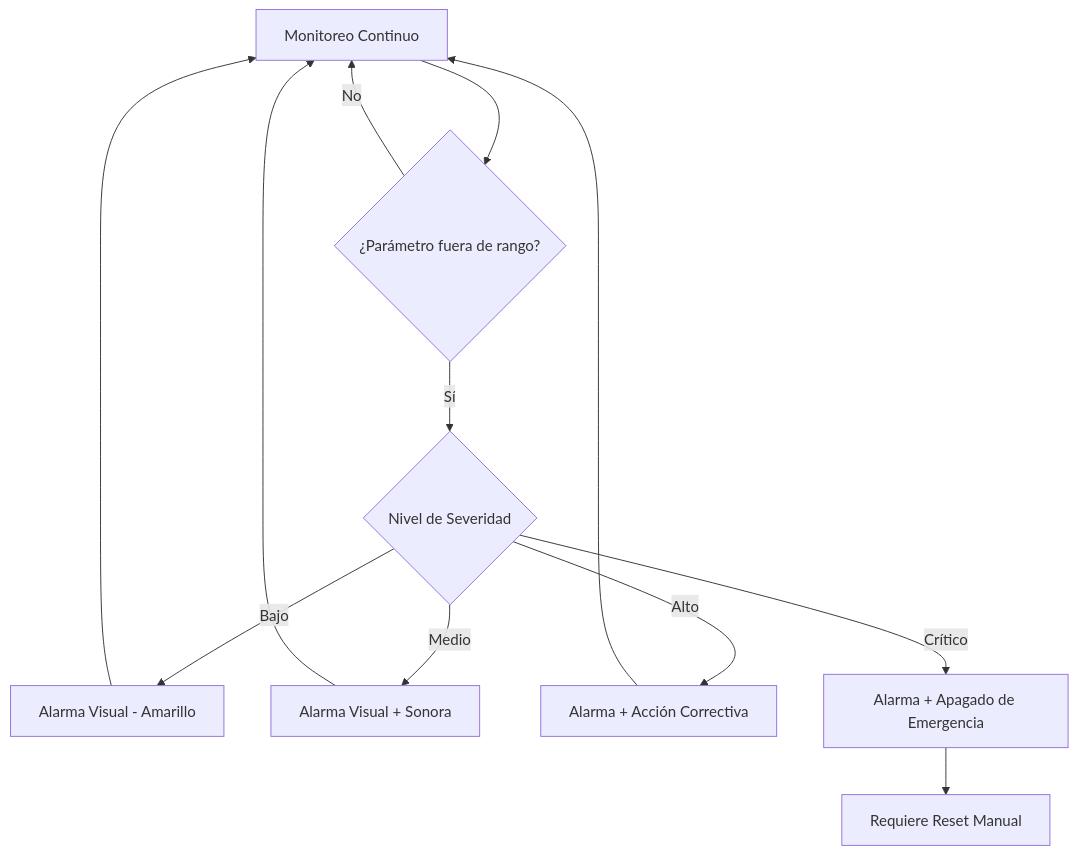
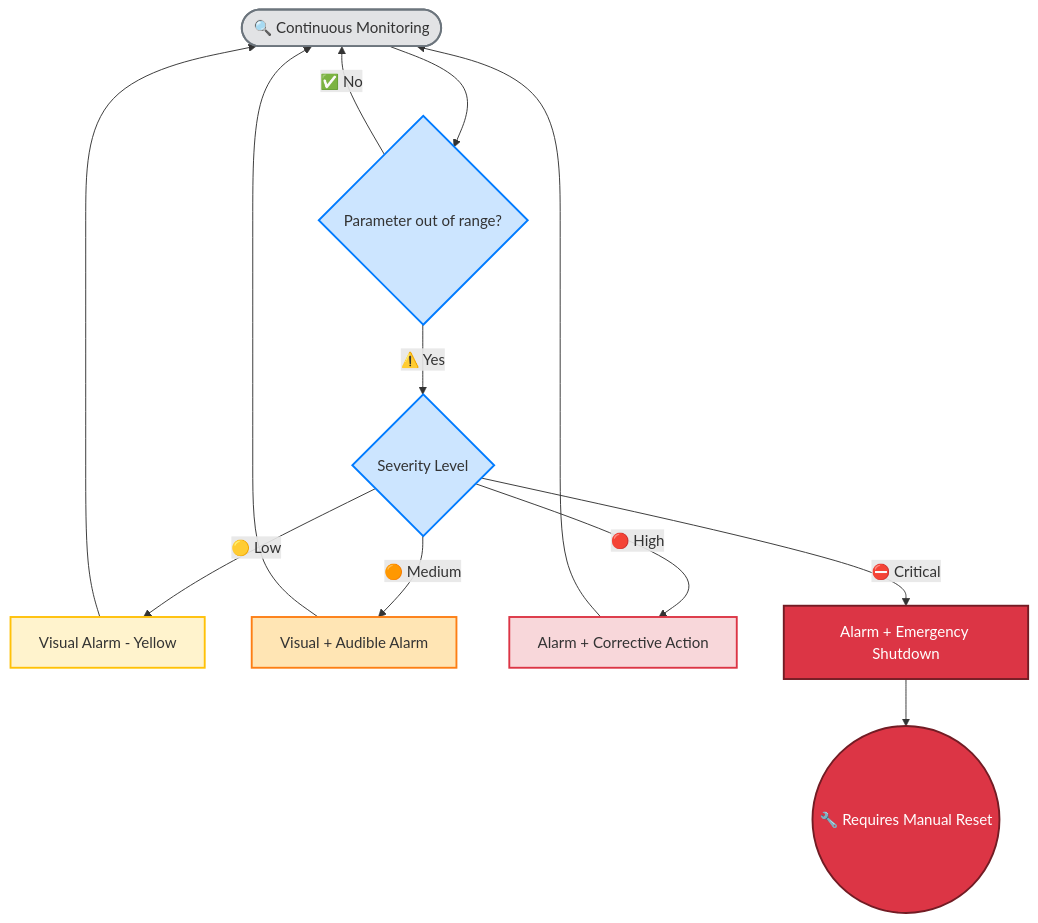
The first of 3 diagrams in docs/i18n/en/docusaurus-plugin-content-docs/version-14.12/safety-notice.md (medicalopenworld/IncuNest-Docs), drawn with Mermaid before and after one commit. The commit also changed other lines of this file and 4 other files, not shown here.

Commit message:
Update English translations with beautiful mermaid diagrams

````diff
--- a/docs/i18n/en/docusaurus-plugin-content-docs/version-14.12/safety-notice.md
+++ b/docs/i18n/en/docusaurus-plugin-content-docs/version-14.12/safety-notice.md
@@ -74,14 +74,30 @@
 ```mermaid
-flowchart TD
-    A[Monitoreo Continuo] --> B{¿Parámetro fuera de rango?}
-    B -->|Sí| C{Nivel de Severidad}
-    B -->|No| A
-    C -->|Bajo| D[Alarma Visual - Amarillo]
-    C -->|Medio| E[Alarma Visual + Sonora]
-    C -->|Alto| F[Alarma + Acción Correctiva]
-    C -->|Crítico| G[Alarma + Apagado de Emergencia]
+graph TD
+    A([🔍 Continuous Monitoring]) --> B{Parameter out of range?}
+    B -->|✅ No| A
+    B -->|⚠️ Yes| C{Severity Level}
+    
+    C -->|🟡 Low| D[Visual Alarm - Yellow]
+    C -->|🟠 Medium| E[Visual + Audible Alarm]
+    C -->|🔴 High| F[Alarm + Corrective Action]
+    C -->|⛔ Critical| G[Alarm + Emergency Shutdown]
+    
     D --> A
     E --> A
     F --> A
-    G --> H[Requiere Reset Manual]
+    G --> H((🔧 Requires Manual Reset))
+    
+    classDef monitor fill:#e2e3e5,stroke:#6c757d,stroke-width:2px
+    classDef decision fill:#cce5ff,stroke:#007bff,stroke-width:2px
+    classDef low fill:#fff3cd,stroke:#ffc107,stroke-width:2px
+    classDef medium fill:#ffe5b4,stroke:#fd7e14,stroke-width:2px
+    classDef high fill:#f8d7da,stroke:#dc3545,stroke-width:2px
+    classDef critical fill:#dc3545,stroke:#721c24,stroke-width:2px,color:#fff
+    
+    class A monitor
+    class B,C decision
+    class D low
+    class E medium
+    class F high
+    class G,H critical
 ```
````
